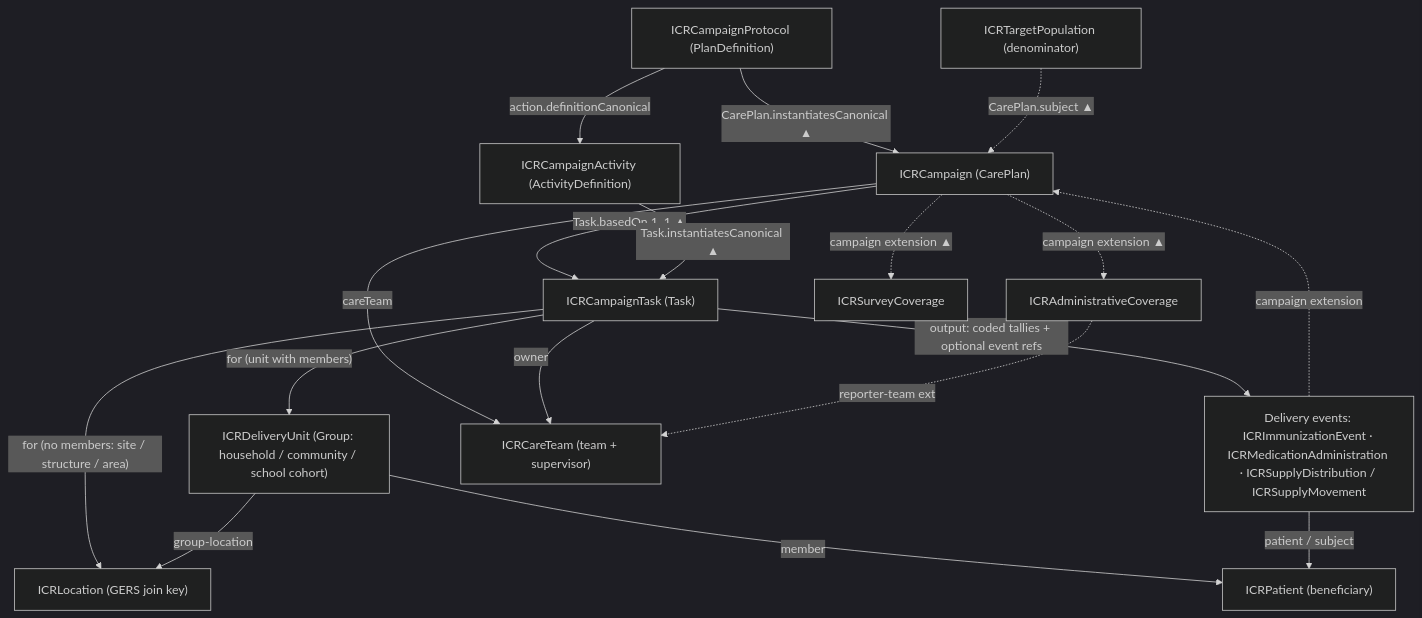
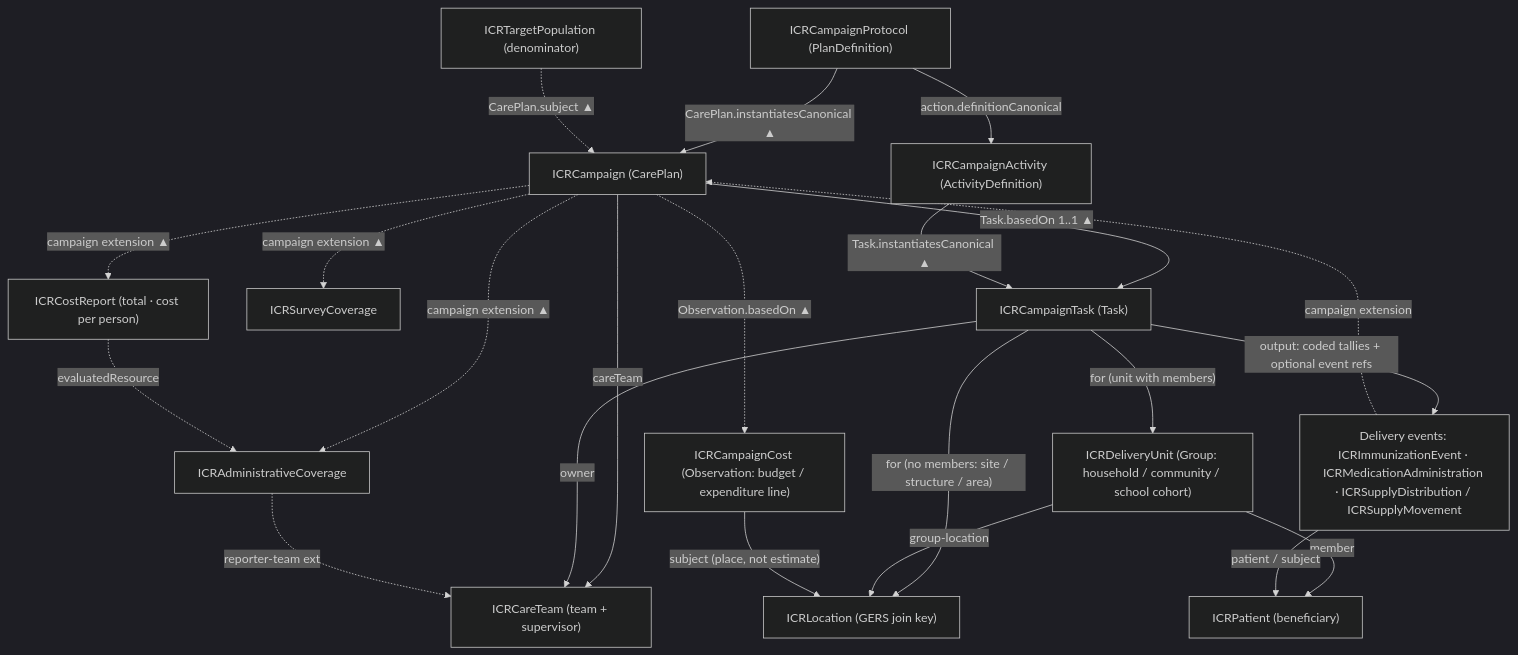
One commit to recodelabs/icr changed the diagram in ig/input/pagecontent/index.md. Above: the diagram before and after it, drawn with Mermaid (dark theme). The commit also changed other lines of this file and 10 other files, not shown here.

First line of the commit message:
cost-v1: ICRCampaignCost (Observation) + ICRCostReport (MeasureReport) for campaign cost & cost per person

````diff
--- a/ig/input/pagecontent/index.md
+++ b/ig/input/pagecontent/index.md
@@ -61,20 +67,24 @@
 ```mermaid
 graph TD
   PD["ICRCampaignProtocol (PlanDefinition)"] -->|"CarePlan.instantiatesCanonical ▲"| CP["ICRCampaign (CarePlan)"]
   PD -->|"action.definitionCanonical"| AD["ICRCampaignActivity (ActivityDefinition)"]
   CP -->|"Task.basedOn 1..1 ▲"| TASK["ICRCampaignTask (Task)"]
   AD -->|"Task.instantiatesCanonical ▲"| TASK
   TASK -->|"for (unit with members)"| DU["ICRDeliveryUnit (Group: household / community / school cohort)"]
   TASK -->|"for (no members: site / structure / area)"| LOC["ICRLocation (GERS join key)"]
   DU -->|group-location| LOC
   DU -->|member| PT["ICRPatient (beneficiary)"]
   TASK -->|"output: coded tallies + optional event refs"| EV["Delivery events: ICRImmunizationEvent · ICRMedicationAdministration · ICRSupplyDistribution / ICRSupplyMovement"]
   EV -.->|"campaign extension"| CP
   EV -->|"patient / subject"| PT
   TP["ICRTargetPopulation (denominator)"] -.->|"CarePlan.subject ▲"| CP
   CP -->|careTeam| CT["ICRCareTeam (team + supervisor)"]
   TASK -->|owner| CT
   CP -.->|"campaign extension ▲"| AC["ICRAdministrativeCoverage"]
   CP -.->|"campaign extension ▲"| SC["ICRSurveyCoverage"]
   AC -.->|"reporter-team ext"| CT
+  CP -.->|"Observation.basedOn ▲"| CC["ICRCampaignCost (Observation: budget / expenditure line)"]
+  CC -->|"subject (place, not estimate)"| LOC
+  CP -.->|"campaign extension ▲"| CR["ICRCostReport (total · cost per person)"]
+  CR -.->|evaluatedResource| AC
 ```
````
